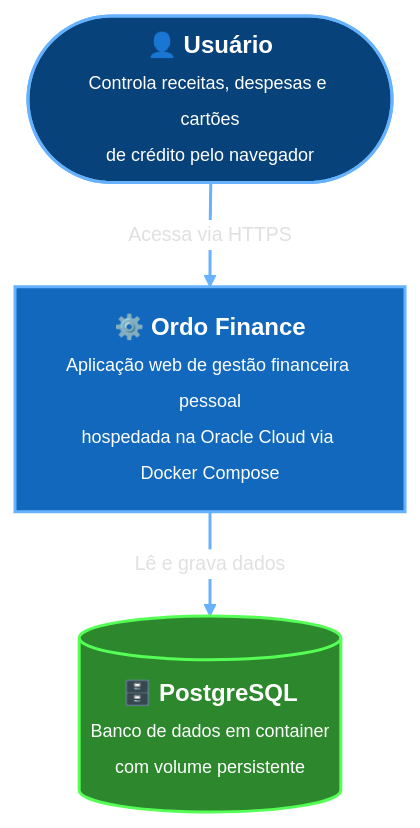
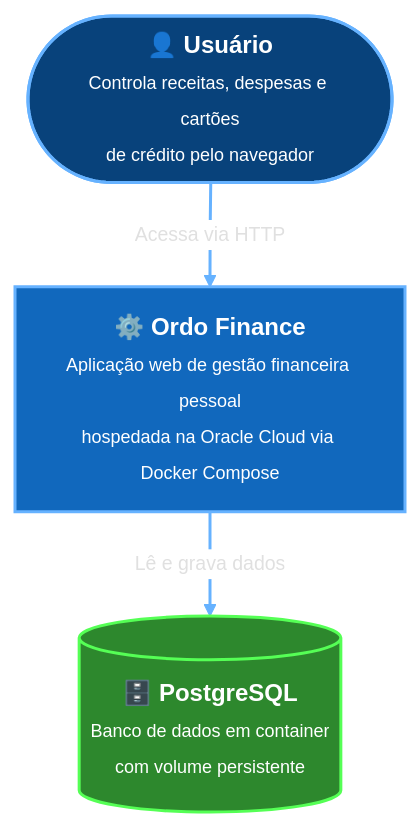
One commit to migueldufloth/ordo-finance changed the first of 4 diagrams in README.md. Above: the diagram before and after it, drawn with Mermaid (neutral theme). The commit also changed other lines of this file and 3 other files, not shown here.

````diff
--- a/README.md
+++ b/README.md
@@ -17,15 +17,15 @@
 ```mermaid
 flowchart TD
     classDef person fill:#08427B,stroke:#66B2FF,stroke-width:2px,color:#fff;
     classDef system fill:#1168BD,stroke:#66B2FF,stroke-width:2px,color:#fff;
     classDef db fill:#2D882D,stroke:#55FF55,stroke-width:2px,color:#fff;
 
     User(["<b>👤 Usuário</b><br/><span style='font-size:12px; color:#ddd'>Controla receitas, despesas e cartões<br/>de crédito pelo navegador</span>"]):::person
     Ordo["<b>⚙️ Ordo Finance</b><br/><span style='font-size:12px; color:#ddd'>Aplicação web de gestão financeira pessoal<br/>hospedada na Oracle Cloud via Docker Compose</span>"]:::system
     DB[("<b>🗄️ PostgreSQL</b><br/><span style='font-size:12px; color:#ddd'>Banco de dados em container<br/>com volume persistente</span>")]:::db
 
-    User -- "Acessa via HTTPS" --> Ordo
+    User -- "Acessa via HTTP" --> Ordo
     Ordo -- "Lê e grava dados" --> DB
 
     linkStyle default stroke:#66B2FF,stroke-width:2px,color:#E0E0E0,font-size:13px;
 ```
````
